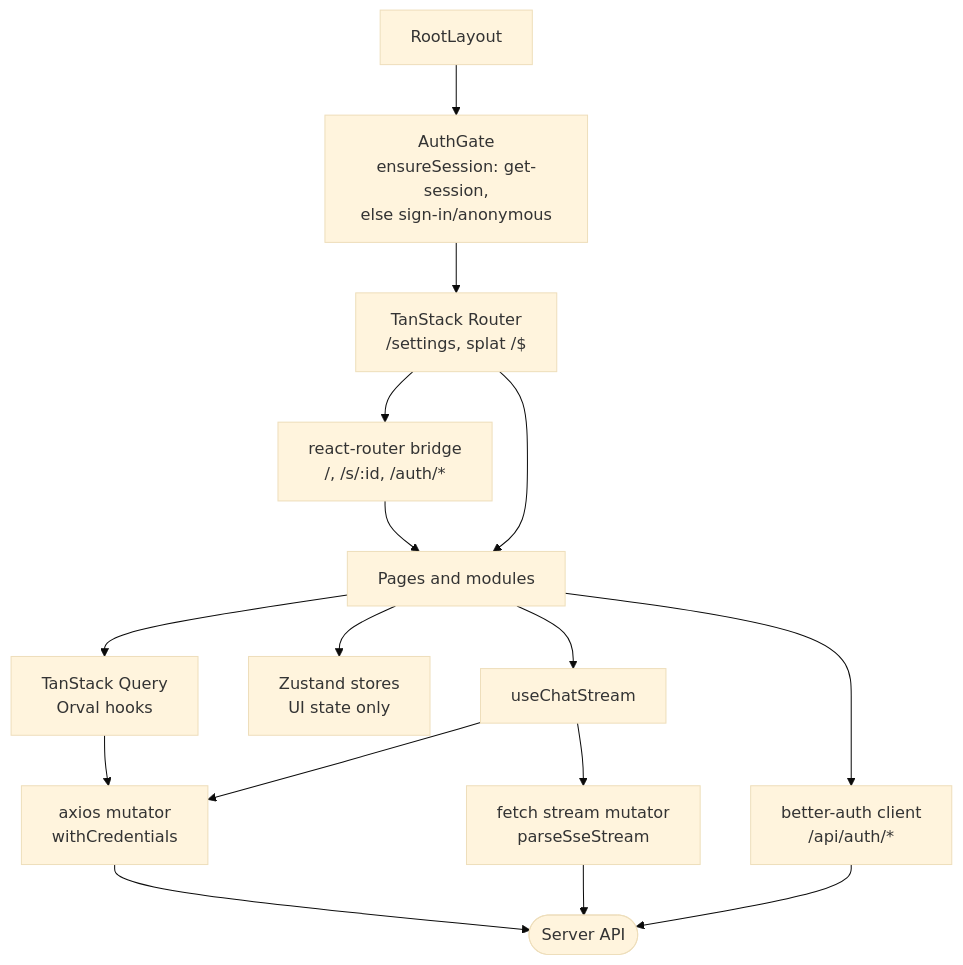
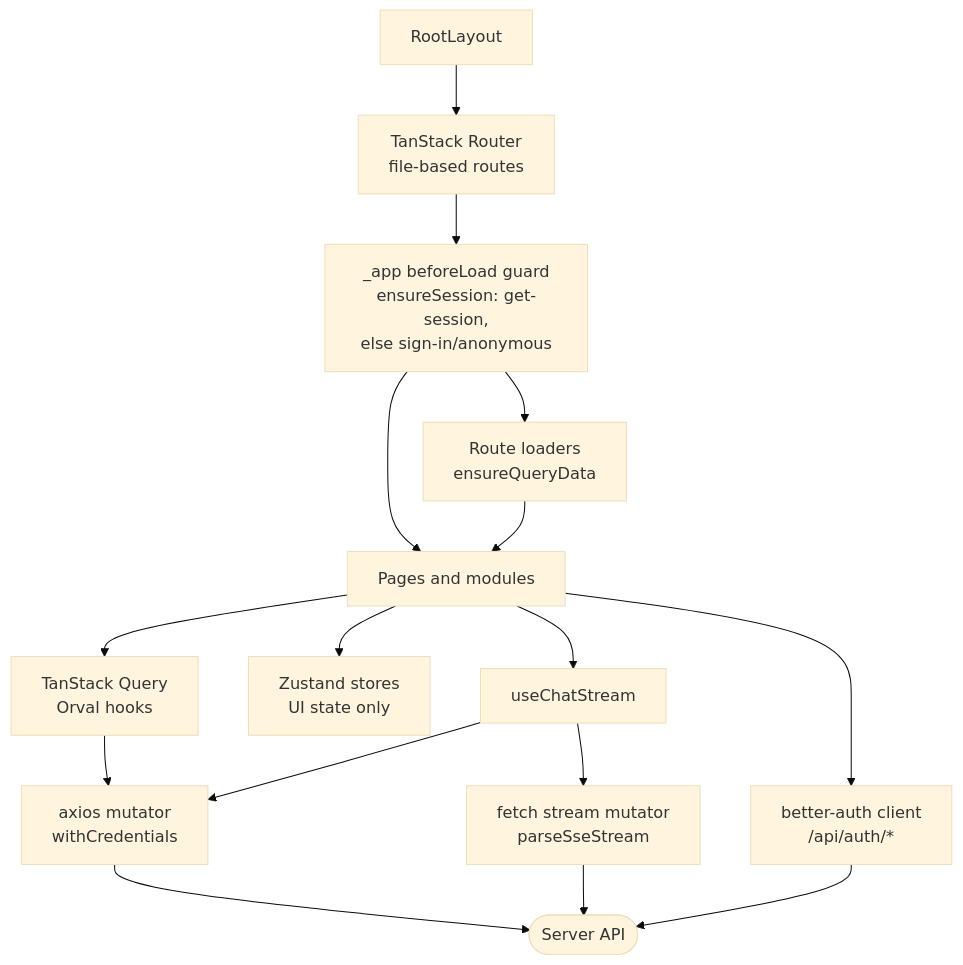
The seventh of 8 diagrams in docs/architecture.md (itsDaiton/nebula-chat), drawn with Mermaid (base theme) before and after one commit. The commit also changed other lines of this file and 78 other files, not shown here.

Commit message:
feat(client): NEB-537 serve the chat routes through TanStack Router and remove react-router and AuthGate (#631)

````diff
--- a/docs/architecture.md
+++ b/docs/architecture.md
@@ -297,18 +297,18 @@
 ```mermaid
 flowchart TD
-  root["RootLayout"] --> gate["AuthGate<br/>ensureSession: get-session,<br/>else sign-in/anonymous"]
-  gate --> router["TanStack Router<br/>/settings, splat /$"]
-  router --> legacy["react-router bridge<br/>/, /s/:id, /auth/*"]
-  legacy --> pages[Pages and modules]
-  router --> pages
+  root["RootLayout"] --> router["TanStack Router<br/>file-based routes"]
+  router --> guard["_app beforeLoad guard<br/>ensureSession: get-session,<br/>else sign-in/anonymous"]
+  guard --> loader["Route loaders<br/>ensureQueryData"]
+  guard --> pages[Pages and modules]
+  loader --> pages
   pages --> query["TanStack Query<br/>Orval hooks"]
   pages --> stores["Zustand stores<br/>UI state only"]
   pages --> authc["better-auth client<br/>/api/auth/*"]
   pages --> chat["useChatStream"]
   query --> axios["axios mutator<br/>withCredentials"]
   chat --> axios
   chat --> fetch["fetch stream mutator<br/>parseSseStream"]
   axios --> api([Server API])
   fetch --> api
   authc --> api
 ```
````
